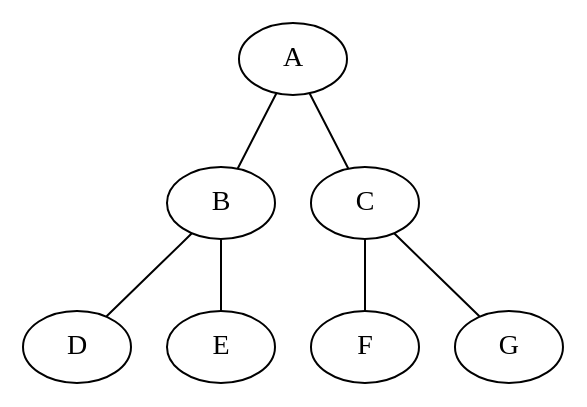
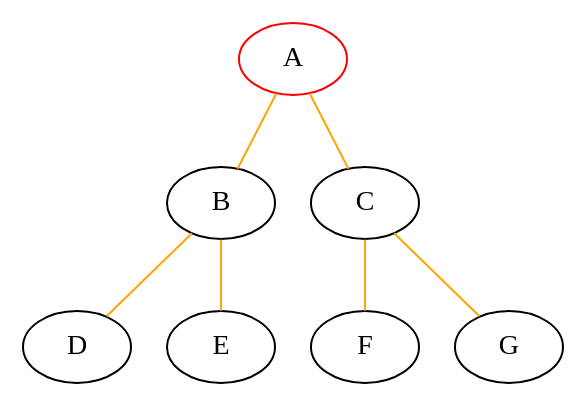
Before and after one commit to DhruvDh/itsc-2214-readings: diagram 17 of 24 in 21_graphs.qmd, drawn with Graphviz. The commit also changed other lines of this file and 18 other files, not shown here.

Commit message:
improved graphs chapter

````diff
--- a/21_graphs.qmd
+++ b/21_graphs.qmd
@@ -250,12 +298,13 @@
 ```{dot}
 //| label: fig-tree
-//| fig-cap: Example of a tree.
+//| fig-cap: Example of a tree. A hierarchical structure with a designated root (A, in red) and parent-child relationships (edges in orange). The other vertices are arranged in parent-child relationships, forming a hierarchical structure.
 graph G {
-  A -- B;
-  A -- C;
-  B -- D;
-  B -- E;
-  C -- F;
-  C -- G;
+  A [color=red];
+  A -- B [color=orange];
+  A -- C [color=orange];
+  B -- D [color=orange];
+  B -- E [color=orange];
+  C -- F [color=orange];
+  C -- G [color=orange];
 }
 ```
````
